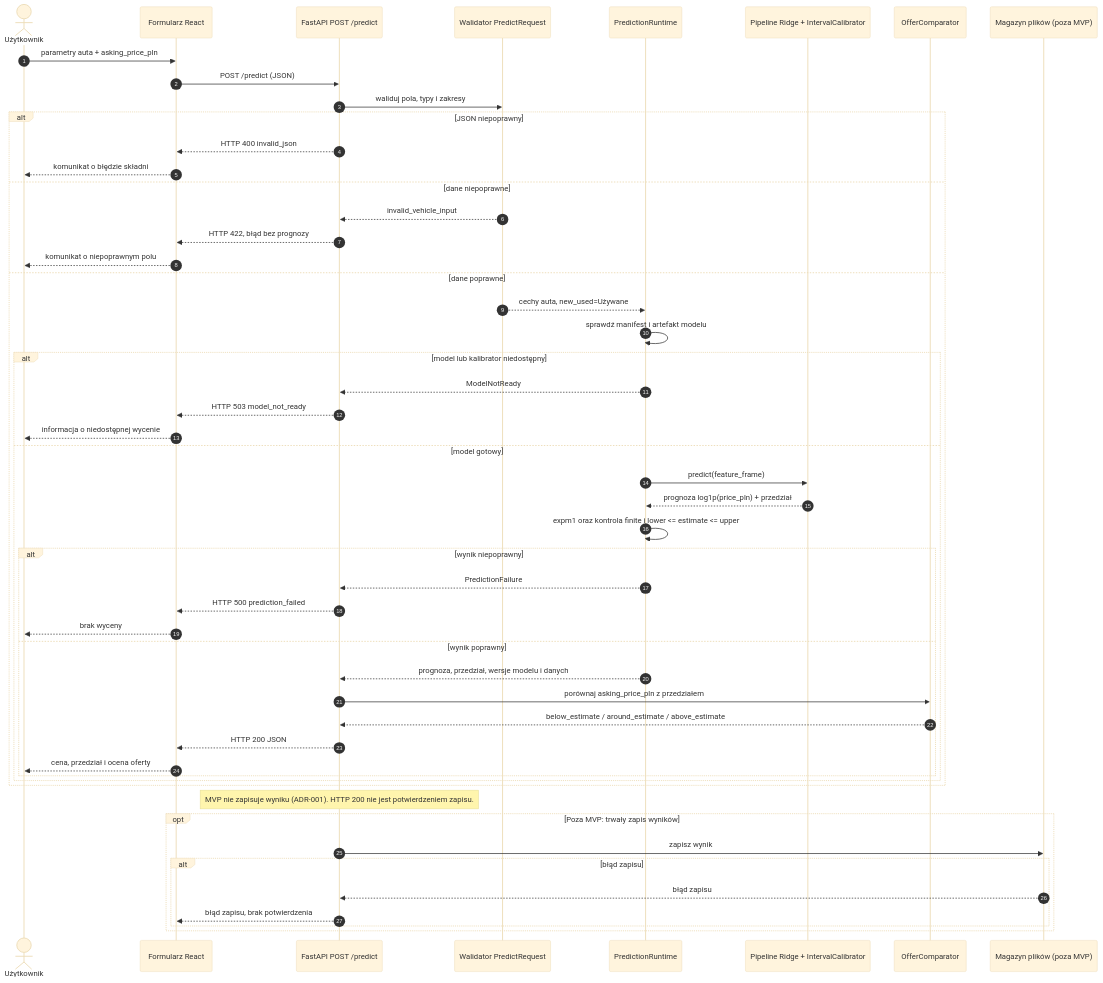
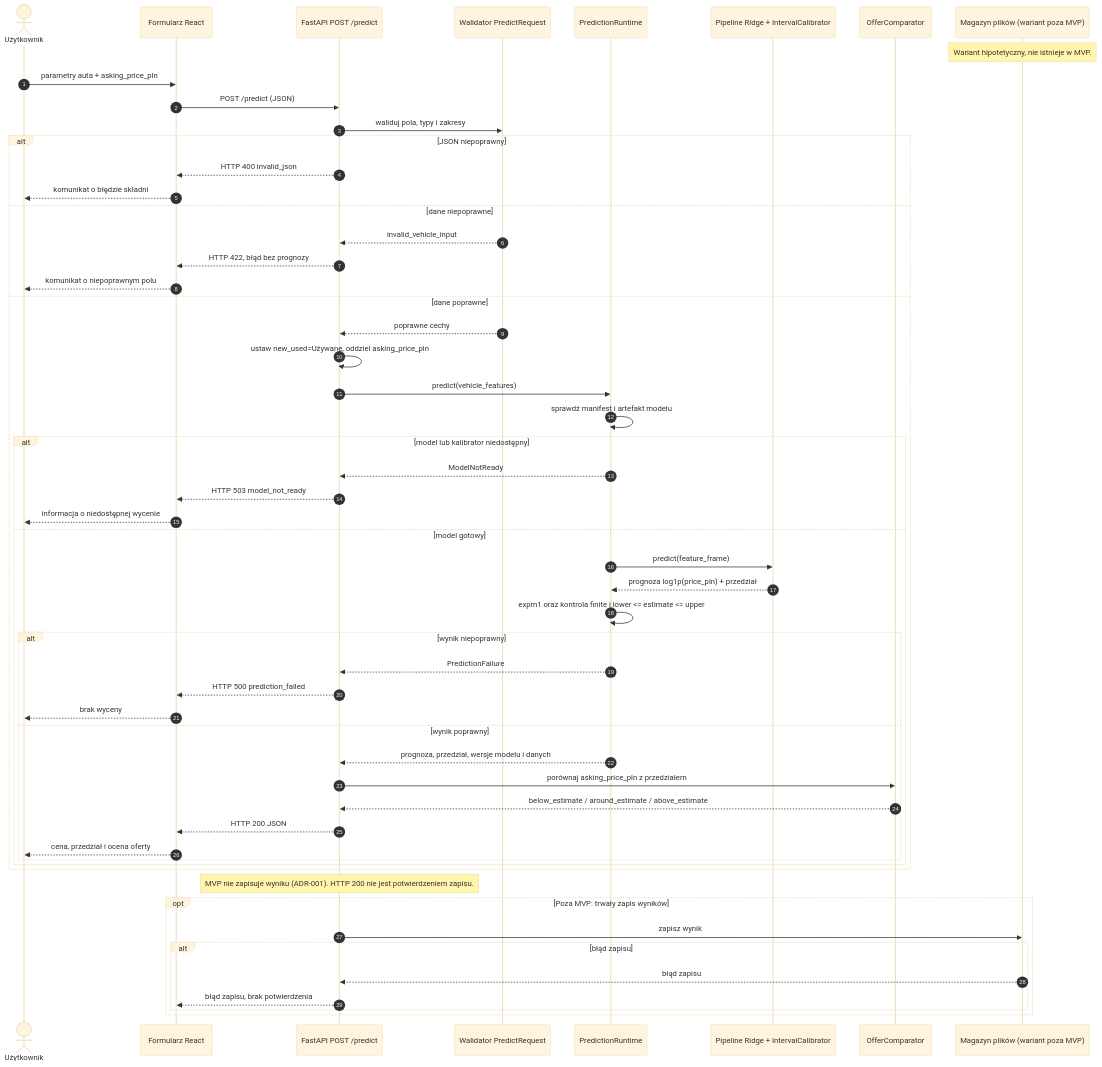
Before and after one commit to kollekka/Marabuty: the diagram in docs/diagrams/sequence.mmd, drawn with Mermaid (base theme). The commit also changed 2 other files, not shown here.

Commit message:
docs: poprawki diagramów po przeglądzie

```diff
--- a/docs/diagrams/sequence.mmd
+++ b/docs/diagrams/sequence.mmd
@@ -1,53 +1,56 @@
 sequenceDiagram
     autonumber
     actor U as Użytkownik
     participant UI as Formularz React
     participant API as FastAPI POST /predict
     participant V as Walidator PredictRequest
     participant R as PredictionRuntime
     participant M as Pipeline Ridge + IntervalCalibrator
     participant C as OfferComparator
-    participant FS as Magazyn plików (poza MVP)
+    participant FS as Magazyn plików (wariant poza MVP)
 
+    Note over FS: Wariant hipotetyczny, nie istnieje w MVP.
     U->>UI: parametry auta + asking_price_pln
     UI->>API: POST /predict (JSON)
     API->>V: waliduj pola, typy i zakresy
     alt JSON niepoprawny
         API-->>UI: HTTP 400 invalid_json
         UI-->>U: komunikat o błędzie składni
     else dane niepoprawne
         V-->>API: invalid_vehicle_input
         API-->>UI: HTTP 422, błąd bez prognozy
         UI-->>U: komunikat o niepoprawnym polu
     else dane poprawne
-        V-->>R: cechy auta, new_used=Używane
+        V-->>API: poprawne cechy
+        API->>API: ustaw new_used=Używane, oddziel asking_price_pln
+        API->>R: predict(vehicle_features)
         R->>R: sprawdź manifest i artefakt modelu
         alt model lub kalibrator niedostępny
             R-->>API: ModelNotReady
             API-->>UI: HTTP 503 model_not_ready
             UI-->>U: informacja o niedostępnej wycenie
         else model gotowy
             R->>M: predict(feature_frame)
             M-->>R: prognoza log1p(price_pln) + przedział
             R->>R: expm1 oraz kontrola finite i lower <= estimate <= upper
             alt wynik niepoprawny
                 R-->>API: PredictionFailure
                 API-->>UI: HTTP 500 prediction_failed
                 UI-->>U: brak wyceny
             else wynik poprawny
                 R-->>API: prognoza, przedział, wersje modelu i danych
                 API->>C: porównaj asking_price_pln z przedziałem
                 C-->>API: below_estimate / around_estimate / above_estimate
                 API-->>UI: HTTP 200 JSON
                 UI-->>U: cena, przedział i ocena oferty
             end
         end
     end
     Note over API: MVP nie zapisuje wyniku (ADR-001). HTTP 200 nie jest potwierdzeniem zapisu.
     opt Poza MVP: trwały zapis wyników
         API->>FS: zapisz wynik
         alt błąd zapisu
             FS-->>API: błąd zapisu
             API-->>UI: błąd zapisu, brak potwierdzenia
         end
     end
```
